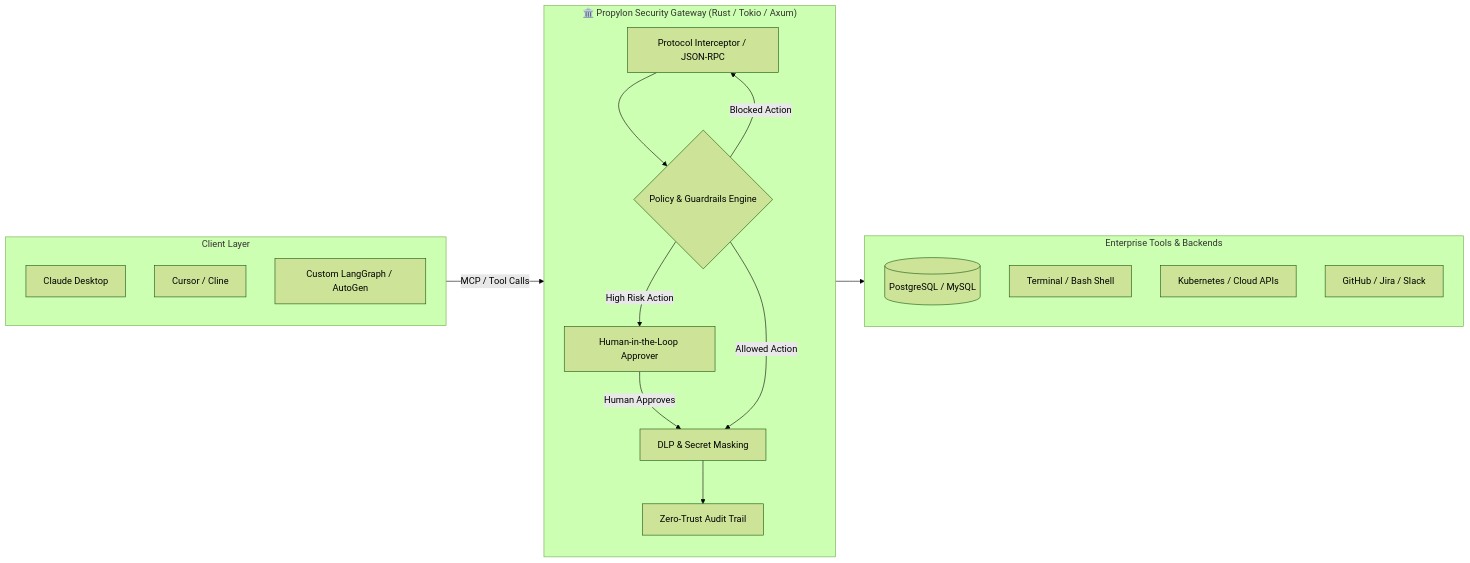
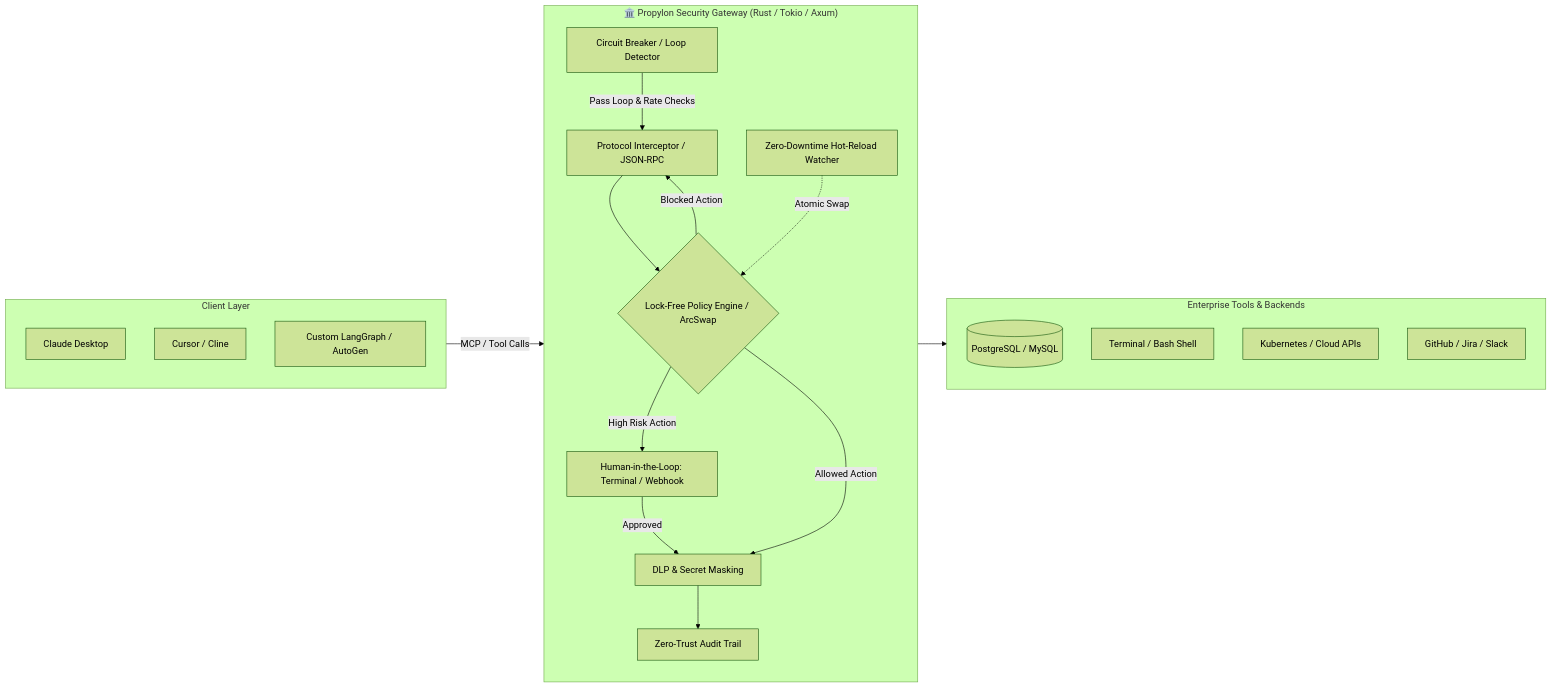
The diagram in README.md (xrwang8/propylon), drawn with Mermaid (forest theme) before and after one commit. The commit also changed other lines of this file and 11 other files, not shown here.

Commit message:
feat(v0.2.0): zero-downtime hot reloading, agent loop circuit breaker, and webhook approvals

````diff
--- a/README.md
+++ b/README.md
@@ -44,33 +45,37 @@
 ```mermaid
 flowchart LR
     subgraph Agentic_Clients ["Client Layer"]
         A1[Claude Desktop]
         A2[Cursor / Cline]
         A3[Custom LangGraph / AutoGen]
     end
 
     subgraph Propylon_Gateway ["🏛️ Propylon Security Gateway (Rust / Tokio / Axum)"]
         direction TB
+        P0[Circuit Breaker / Loop Detector]
         P1[Protocol Interceptor / JSON-RPC]
-        P2{Policy & Guardrails Engine}
-        P3[Human-in-the-Loop Approver]
+        P2{Lock-Free Policy Engine / ArcSwap}
+        P3[Human-in-the-Loop: Terminal / Webhook]
         P4[DLP & Secret Masking]
         P5[Zero-Trust Audit Trail]
+        W1[Zero-Downtime Hot-Reload Watcher]
     end
 
     subgraph Upstream_Tools ["Enterprise Tools & Backends"]
         T1[(PostgreSQL / MySQL)]
         T2[Terminal / Bash Shell]
         T3[Kubernetes / Cloud APIs]
         T4[GitHub / Jira / Slack]
     end
 
-    Agentic_Clients -->|MCP / Tool Calls| P1
+    Agentic_Clients -->|MCP / Tool Calls| P0
+    P0 -->|Pass Loop & Rate Checks| P1
     P1 --> P2
     P2 -->|High Risk Action| P3
-    P3 -->|Human Approves| P4
+    P3 -->|Approved| P4
     P2 -->|Allowed Action| P4
     P2 -->|Blocked Action| P1
     P4 --> Upstream_Tools
     P4 --> P5
+    W1 -.->|Atomic Swap| P2
 ```
````
